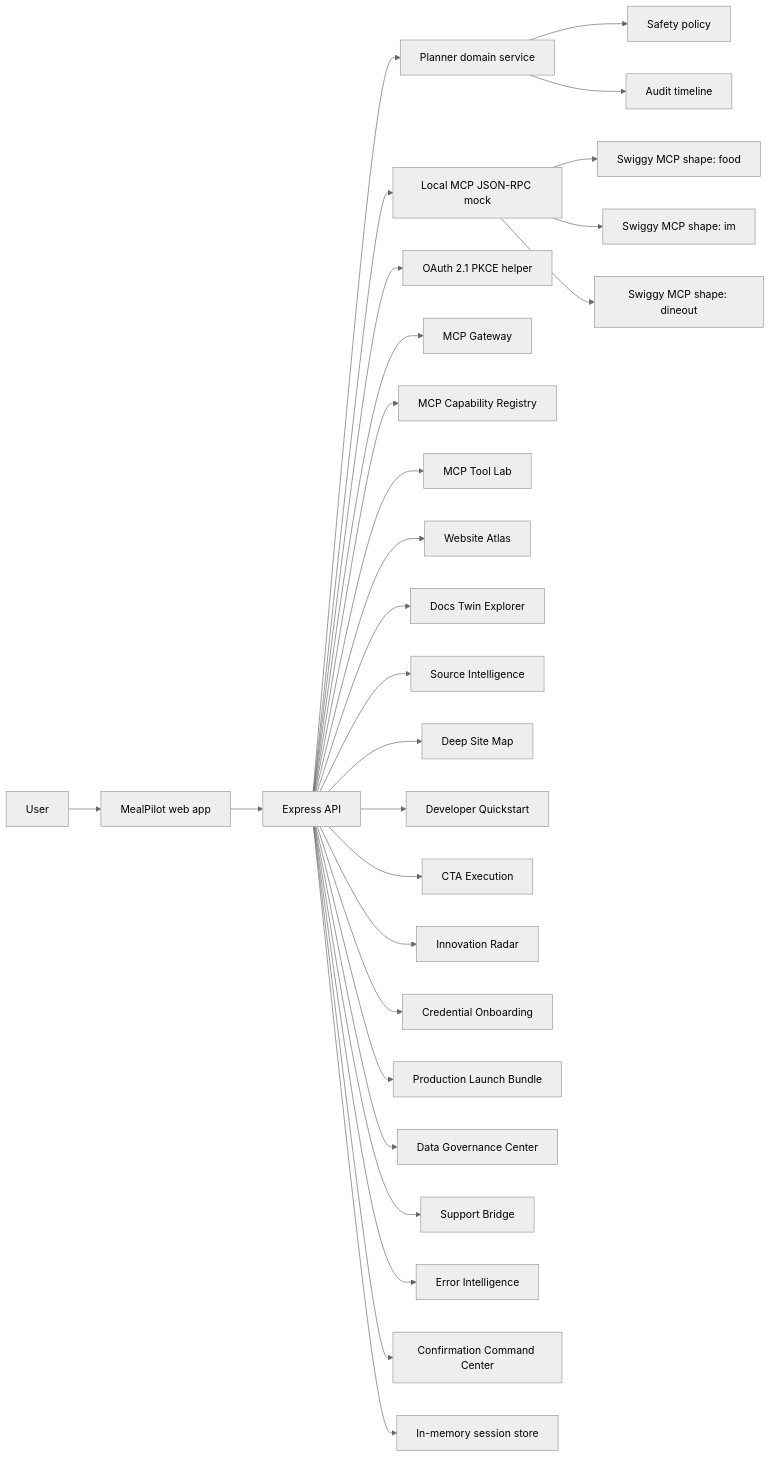
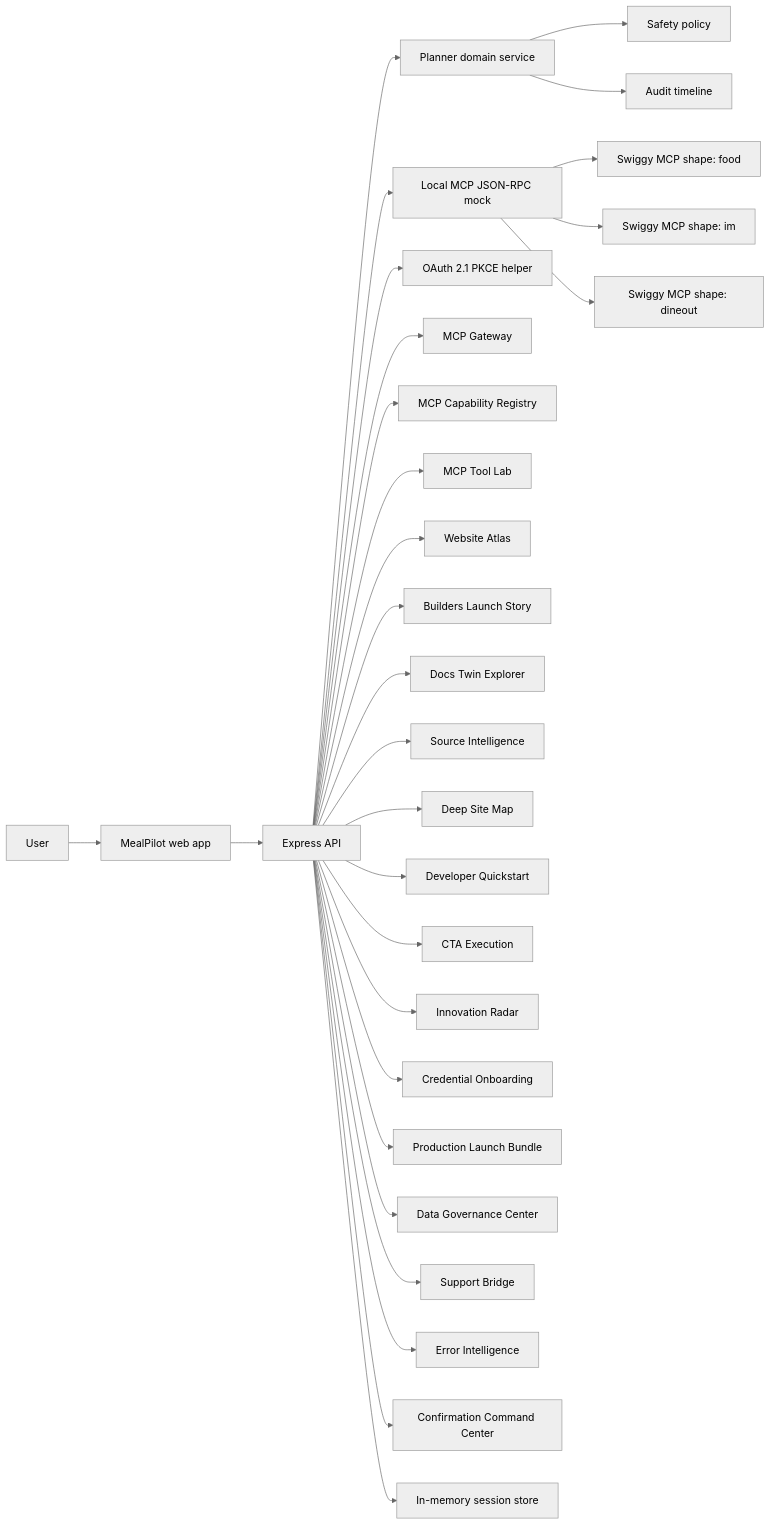
One commit to Farhankhan0128/MealPilot changed the diagram in docs/architecture.md. Above: the diagram before and after it, drawn with Mermaid (neutral theme). The commit also changed other lines of this file and 21 other files, not shown here.

Commit message:
Add Swiggy builders launch story center

````diff
--- a/docs/architecture.md
+++ b/docs/architecture.md
@@ -7,30 +7,31 @@
 ```mermaid
 flowchart LR
   U["User"] --> UI["MealPilot web app"]
   UI --> API["Express API"]
   API --> Planner["Planner domain service"]
   Planner --> Safety["Safety policy"]
   API --> Mock["Local MCP JSON-RPC mock"]
   API --> Auth["OAuth 2.1 PKCE helper"]
   API --> Gateway["MCP Gateway"]
   API --> Registry["MCP Capability Registry"]
   API --> ToolLab["MCP Tool Lab"]
   API --> Atlas["Website Atlas"]
+  API --> Story["Builders Launch Story"]
   API --> DocsTwin["Docs Twin Explorer"]
   API --> SourceIntel["Source Intelligence"]
   API --> DeepMap["Deep Site Map"]
   API --> DevQuick["Developer Quickstart"]
   API --> CtaExec["CTA Execution"]
   API --> Innovation["Innovation Radar"]
   API --> Credential["Credential Onboarding"]
   API --> Launch["Production Launch Bundle"]
   API --> DataGov["Data Governance Center"]
   API --> Support["Support Bridge"]
   API --> Errors["Error Intelligence"]
   API --> ConfirmCmd["Confirmation Command Center"]
   Mock --> Food["Swiggy MCP shape: food"]
   Mock --> IM["Swiggy MCP shape: im"]
   Mock --> Dineout["Swiggy MCP shape: dineout"]
   API --> Store["In-memory session store"]
   Planner --> Obs["Audit timeline"]
 ```
````
